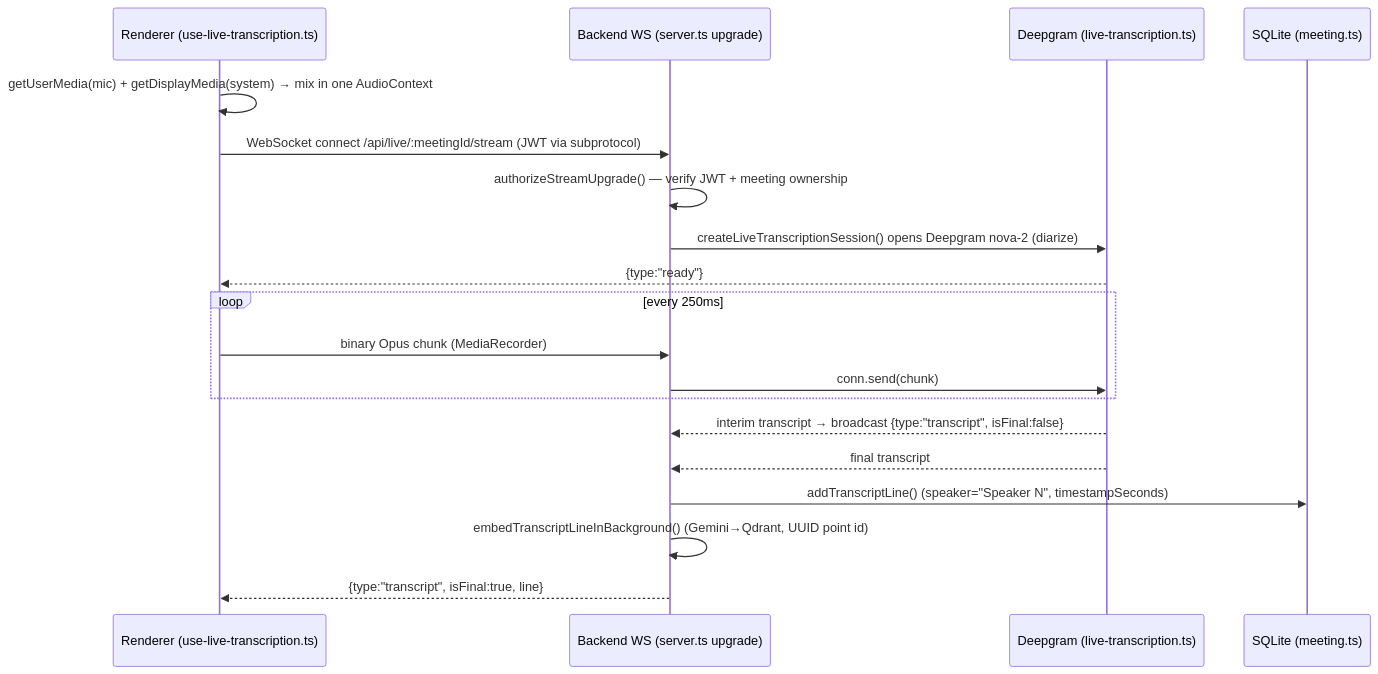
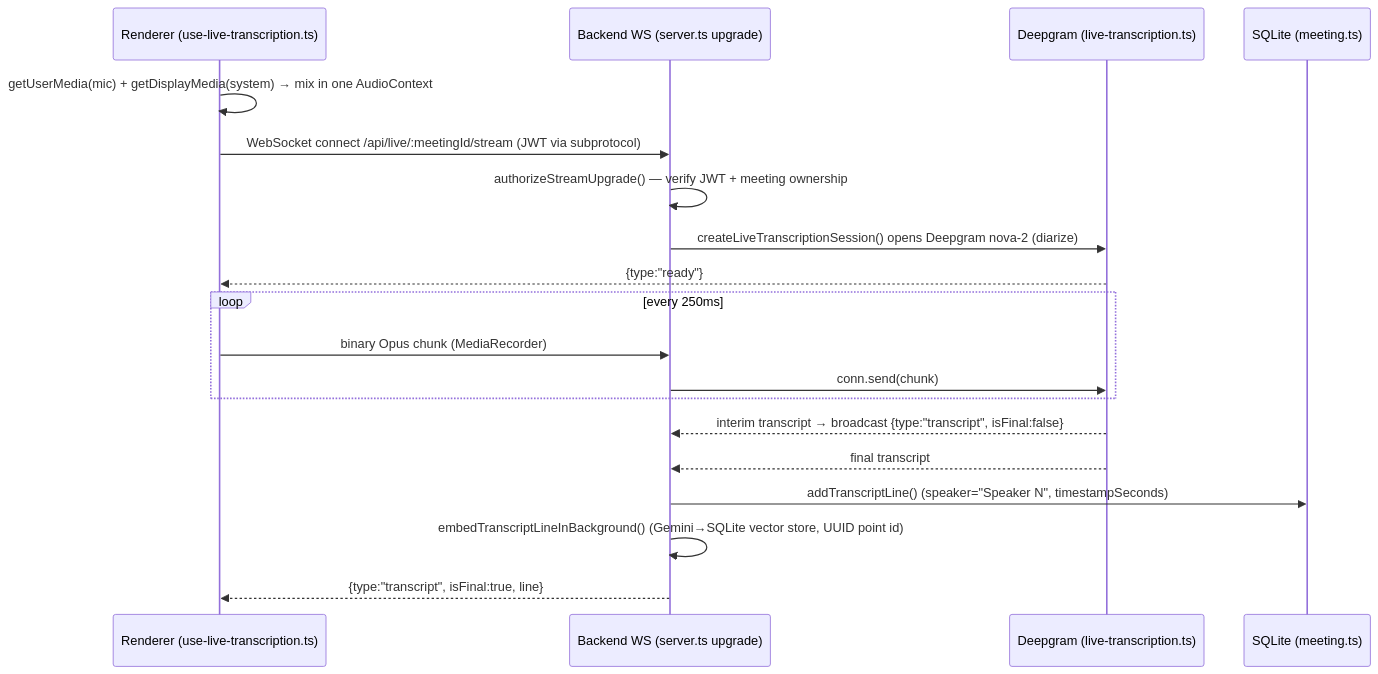
Before and after one commit to umer-2k1/ai-meeting-assistant-app: the diagram in docs/ARCHITECTURE.md, drawn with Mermaid. The commit also changed other lines of this file and 18 other files, not shown here.

Commit message:
feat(vector-store): Replace Qdrant with SQLite embeddings

````diff
--- a/docs/ARCHITECTURE.md
+++ b/docs/ARCHITECTURE.md
@@ -110,21 +110,21 @@
 ```mermaid
 sequenceDiagram
     participant R as Renderer (use-live-transcription.ts)
     participant WS as Backend WS (server.ts upgrade)
     participant DG as Deepgram (live-transcription.ts)
     participant DB as SQLite (meeting.ts)
     R->>R: getUserMedia(mic) + getDisplayMedia(system) → mix in one AudioContext
     R->>WS: WebSocket connect  /api/live/:meetingId/stream  (JWT via subprotocol)
     WS->>WS: authorizeStreamUpgrade() — verify JWT + meeting ownership
     WS->>DG: createLiveTranscriptionSession() opens Deepgram nova-2 (diarize)
     DG-->>R: {type:"ready"}
     loop every 250ms
         R->>WS: binary Opus chunk (MediaRecorder)
         WS->>DG: conn.send(chunk)
     end
     DG-->>WS: interim transcript  → broadcast {type:"transcript", isFinal:false}
     DG-->>WS: final transcript
     WS->>DB: addTranscriptLine() (speaker="Speaker N", timestampSeconds)
-    WS->>WS: embedTranscriptLineInBackground() (Gemini→Qdrant, UUID point id)
+    WS->>WS: embedTranscriptLineInBackground() (Gemini→SQLite vector store, UUID point id)
     WS-->>R: {type:"transcript", isFinal:true, line}
 ```
````
